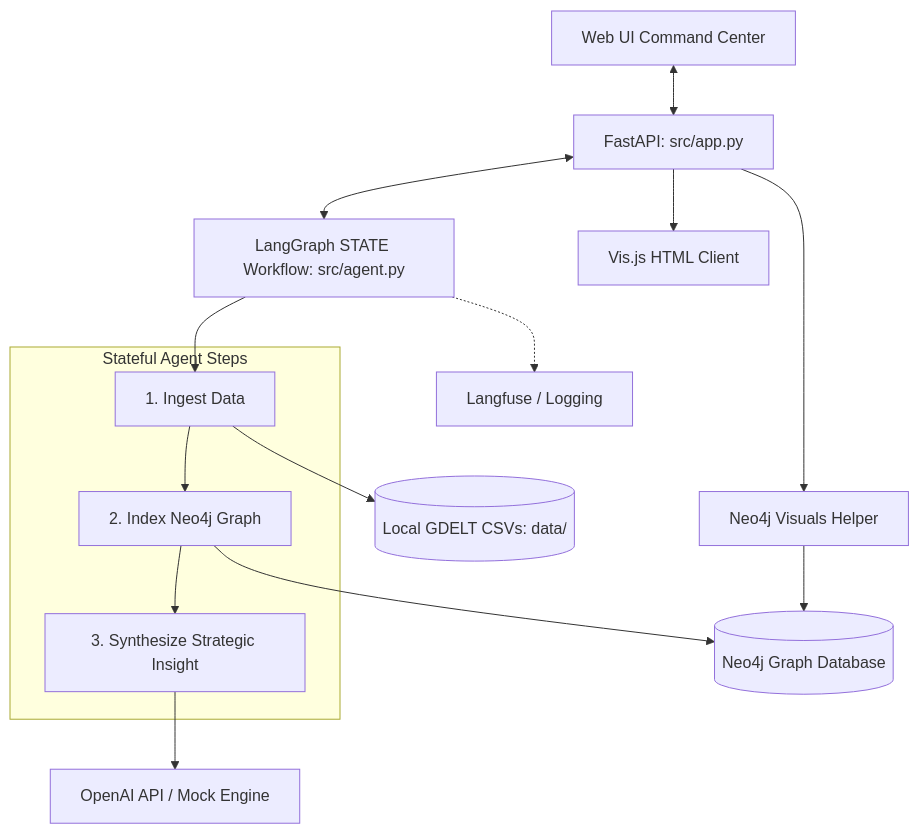
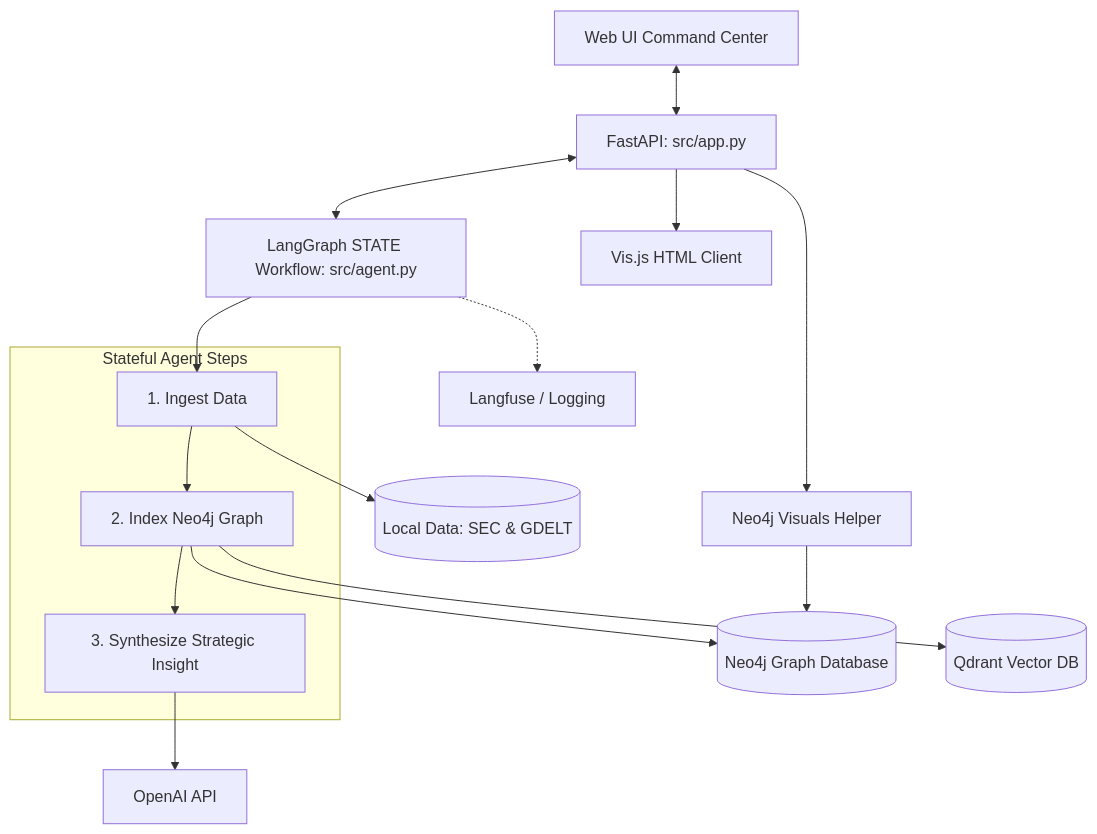
Before and after one commit to MrGladiator14/g-rag-enhanced-portfolio-agent: the diagram in README.md, drawn with Mermaid. The commit also changed other lines of this file and 12 other files, not shown here.

````diff
--- a/README.md
+++ b/README.md
@@ -9,21 +9,22 @@
 ```mermaid
 graph TD
     User[Web UI Command Center] <--> FastAPI[FastAPI: src/app.py]
     FastAPI <--> Agent[LangGraph STATE Workflow: src/agent.py]
     
     subgraph Stateful Agent Steps
         N1[1. Ingest Data] --> N2[2. Index Neo4j Graph]
         N2 --> N3[3. Synthesize Strategic Insight]
     end
     
     Agent --> N1
-    N1 --> LocalCSVs[(Local GDELT CSVs: data/)]
+    N1 --> LocalJSON[(Local Data: SEC & GDELT)]
     N2 --> Neo4j[(Neo4j Graph Database)]
-    N3 --> OpenAI[OpenAI API / Mock Engine]
+    N2 --> Qdrant[(Qdrant Vector DB)]
+    N3 --> OpenAI[OpenAI API]
     
     FastAPI --> DB[Neo4j Visuals Helper]
     DB --> Neo4j
     FastAPI --> Static[Vis.js HTML Client]
     
     Agent -.-> Observability[Langfuse / Logging]
 ```
````
